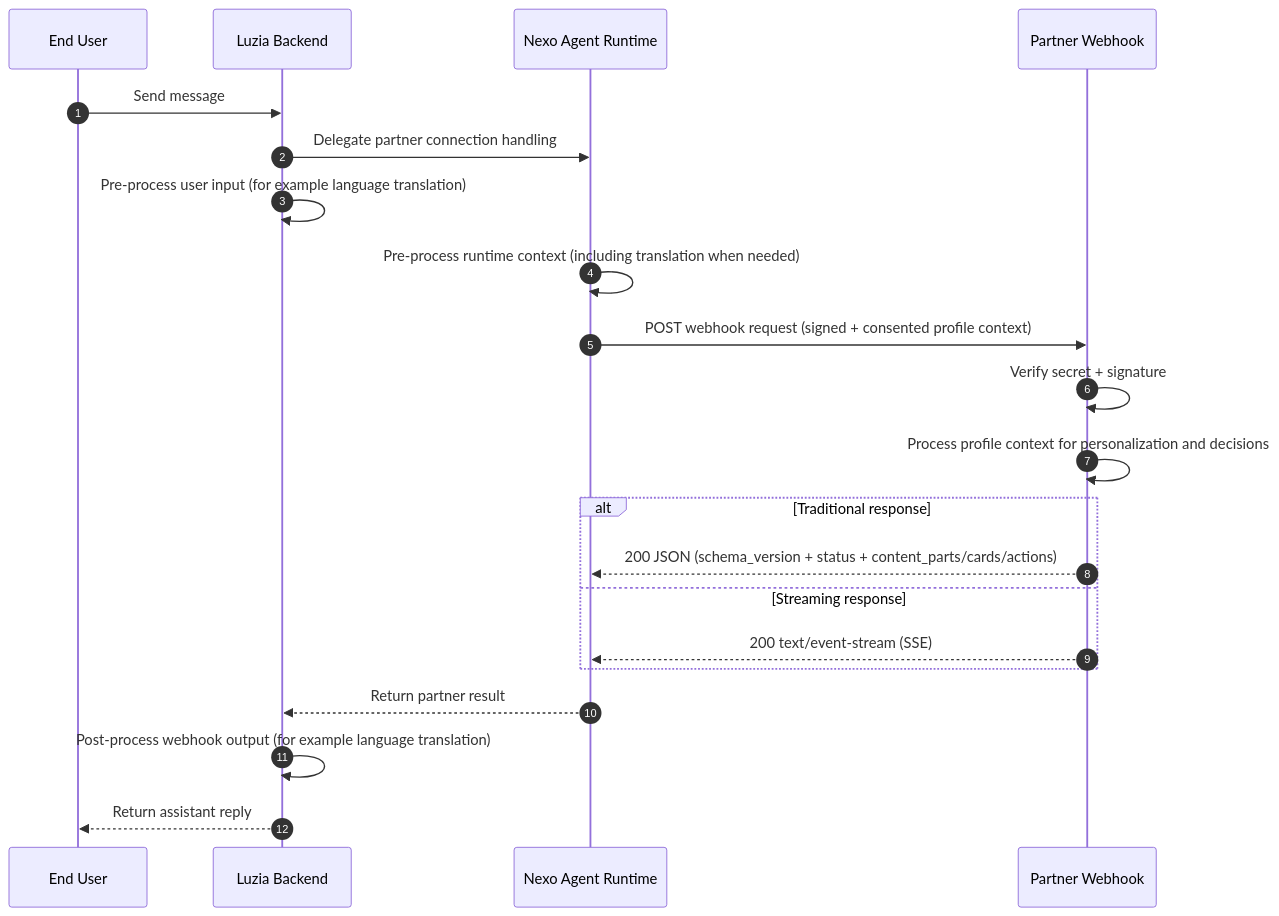
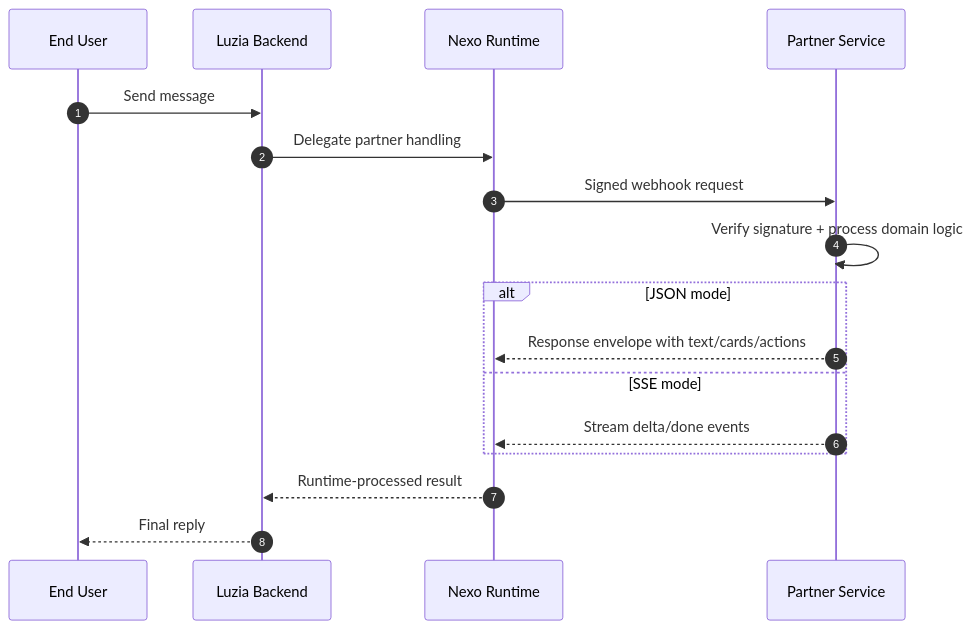
One commit to The-Wordlab/luzia-nexo-api changed the diagram in docs/index.md. Above: the diagram before and after it, drawn with Mermaid. The commit also changed other lines of this file and 12 other files, not shown here.

````diff
--- a/docs/index.md
+++ b/docs/index.md
@@ -11,24 +23,20 @@
 ```mermaid
 sequenceDiagram
     autonumber
     participant User as End User
     participant Luzia as Luzia Backend
-    participant Nexo as Nexo Agent Runtime
-    participant Partner as Partner Webhook
+    participant Nexo as Nexo Runtime
+    participant Partner as Partner Service
 
     User->>Luzia: Send message
-    Luzia->>Nexo: Delegate partner connection handling
-    Luzia->>Luzia: Pre-process user input (for example language translation)
-    Nexo->>Nexo: Pre-process runtime context (including translation when needed)
-    Nexo->>Partner: POST webhook request (signed + consented profile context)
-    Partner->>Partner: Verify secret + signature
-    Partner->>Partner: Process profile context for personalization and decisions
-    alt Traditional response
-        Partner-->>Nexo: 200 JSON (schema_version + status + content_parts/cards/actions)
-    else Streaming response
-        Partner-->>Nexo: 200 text/event-stream (SSE)
+    Luzia->>Nexo: Delegate partner handling
+    Nexo->>Partner: Signed webhook request
+    Partner->>Partner: Verify signature + process domain logic
+    alt JSON mode
+        Partner-->>Nexo: Response envelope with text/cards/actions
+    else SSE mode
+        Partner-->>Nexo: Stream delta/done events
     end
-    Nexo-->>Luzia: Return partner result
-    Luzia->>Luzia: Post-process webhook output (for example language translation)
-    Luzia-->>User: Return assistant reply
+    Nexo-->>Luzia: Runtime-processed result
+    Luzia-->>User: Final reply
 ```
````
